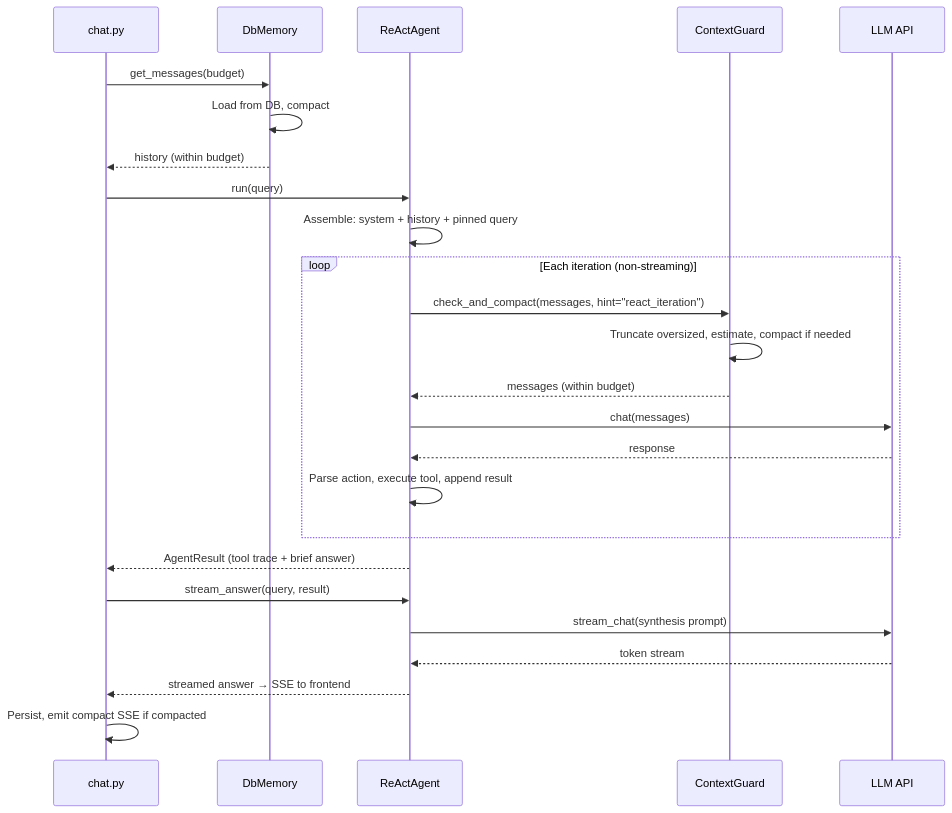
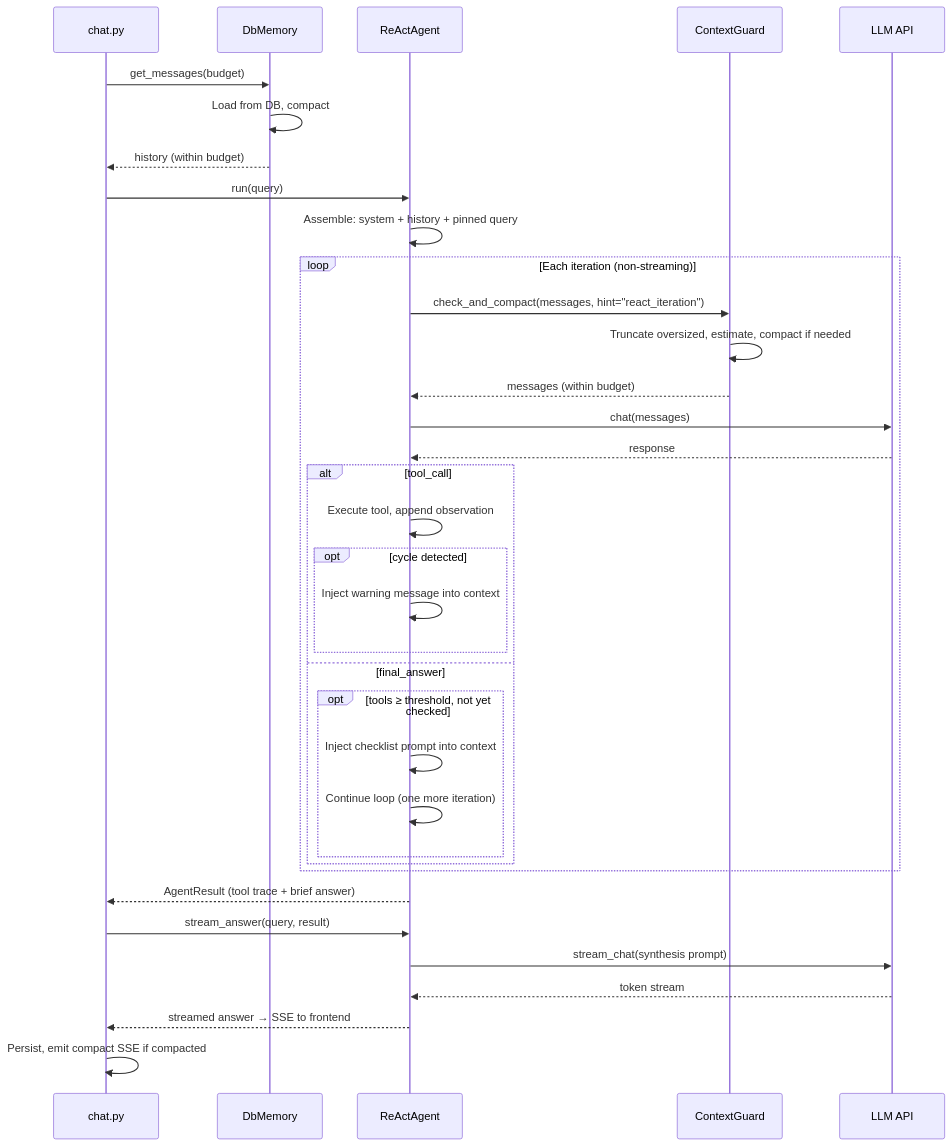
Before and after one commit to fim-ai/fim-agent: the second of 3 diagrams in docs/architecture/context-management.mdx, drawn with Mermaid. The commit also changed 5 other files, not shown here.

First line of the commit message:
docs: update context-management mermaid with cycle detection and checklist

````diff
--- a/docs/architecture/context-management.mdx
+++ b/docs/architecture/context-management.mdx
@@ -139,31 +139,41 @@
 ```mermaid
 sequenceDiagram
     participant Chat as chat.py
     participant Db as DbMemory
     participant Agent as ReActAgent
     participant CG as ContextGuard
     participant LLM as LLM API
 
     Chat->>Db: get_messages(budget)
     Db->>Db: Load from DB, compact
     Db-->>Chat: history (within budget)
 
     Chat->>Agent: run(query)
     Agent->>Agent: Assemble: system + history + pinned query
 
     loop Each iteration (non-streaming)
         Agent->>CG: check_and_compact(messages, hint="react_iteration")
         CG->>CG: Truncate oversized, estimate, compact if needed
         CG-->>Agent: messages (within budget)
         Agent->>LLM: chat(messages)
         LLM-->>Agent: response
-        Agent->>Agent: Parse action, execute tool, append result
+        alt tool_call
+            Agent->>Agent: Execute tool, append observation
+            opt cycle detected
+                Agent->>Agent: Inject warning message into context
+            end
+        else final_answer
+            opt tools ≥ threshold, not yet checked
+                Agent->>Agent: Inject checklist prompt into context
+                Agent->>Agent: Continue loop (one more iteration)
+            end
+        end
     end
 
     Agent-->>Chat: AgentResult (tool trace + brief answer)
     Chat->>Agent: stream_answer(query, result)
     Agent->>LLM: stream_chat(synthesis prompt)
     LLM-->>Agent: token stream
     Agent-->>Chat: streamed answer → SSE to frontend
     Chat->>Chat: Persist, emit compact SSE if compacted
 ```
````
